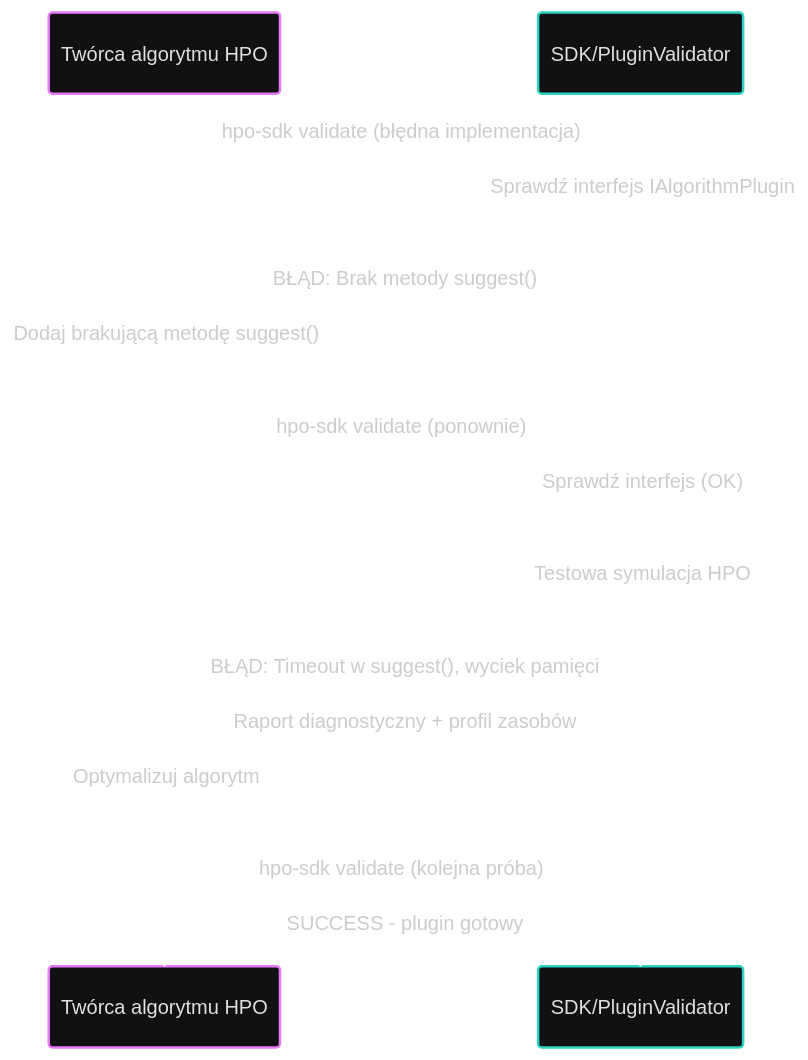
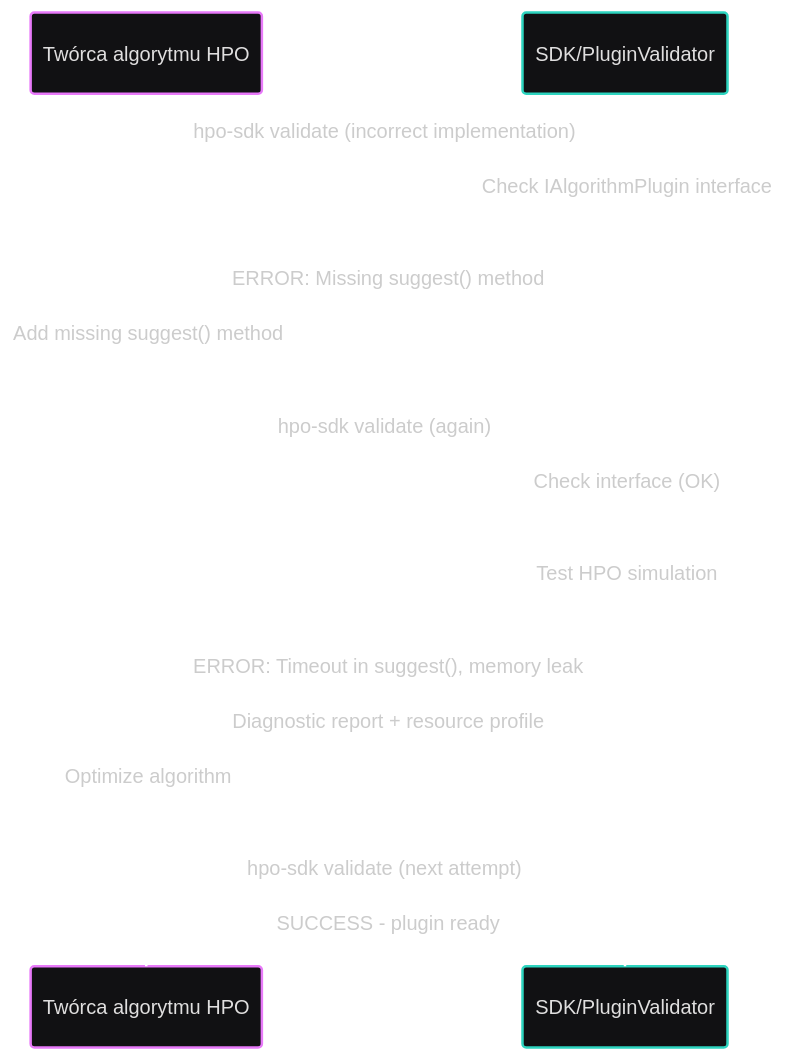
The tenth of 33 diagrams in docs/requirements/use-cases.md (jedrzejpolaczek/aviarium.corvidae.corvus_corone), drawn with Mermaid before and after one commit. The commit also changed other lines of this file and 21 other files, not shown here.

````diff
--- a/docs/requirements/use-cases.md
+++ b/docs/requirements/use-cases.md
@@ -475,21 +475,21 @@
 ```mermaid
 ---
 config:
   theme: redux-dark-color
 ---
 sequenceDiagram
     participant A2 as Twórca algorytmu HPO
     participant SDK as SDK/PluginValidator
-    A2->>SDK: hpo-sdk validate (błędna implementacja)
-    SDK->>SDK: Sprawdź interfejs IAlgorithmPlugin
-    SDK-->>A2: BŁĄD: Brak metody suggest()
-    A2->>A2: Dodaj brakującą metodę suggest()
-    A2->>SDK: hpo-sdk validate (ponownie)
-    SDK->>SDK: Sprawdź interfejs (OK)
-    SDK->>SDK: Testowa symulacja HPO
-    SDK-->>A2: BŁĄD: Timeout w suggest(), wyciek pamięci
-    SDK-->>A2: Raport diagnostyczny + profil zasobów
-    A2->>A2: Optymalizuj algorytm
-    A2->>SDK: hpo-sdk validate (kolejna próba)
-    SDK-->>A2: SUCCESS - plugin gotowy
+    A2->>SDK: hpo-sdk validate (incorrect implementation)
+    SDK->>SDK: Check IAlgorithmPlugin interface
+    SDK-->>A2: ERROR: Missing suggest() method
+    A2->>A2: Add missing suggest() method
+    A2->>SDK: hpo-sdk validate (again)
+    SDK->>SDK: Check interface (OK)
+    SDK->>SDK: Test HPO simulation
+    SDK-->>A2: ERROR: Timeout in suggest(), memory leak
+    SDK-->>A2: Diagnostic report + resource profile
+    A2->>A2: Optimize algorithm
+    A2->>SDK: hpo-sdk validate (next attempt)
+    SDK-->>A2: SUCCESS - plugin ready
 ```
````
